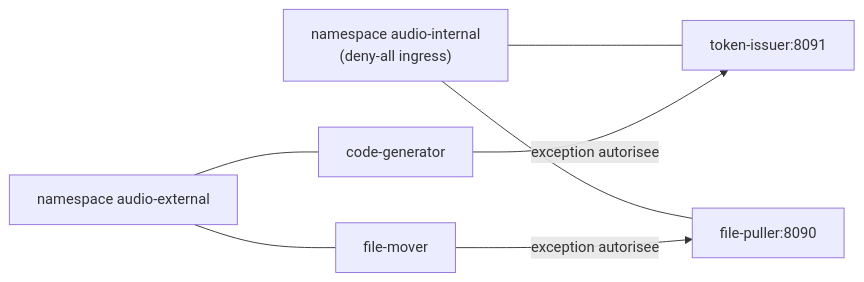
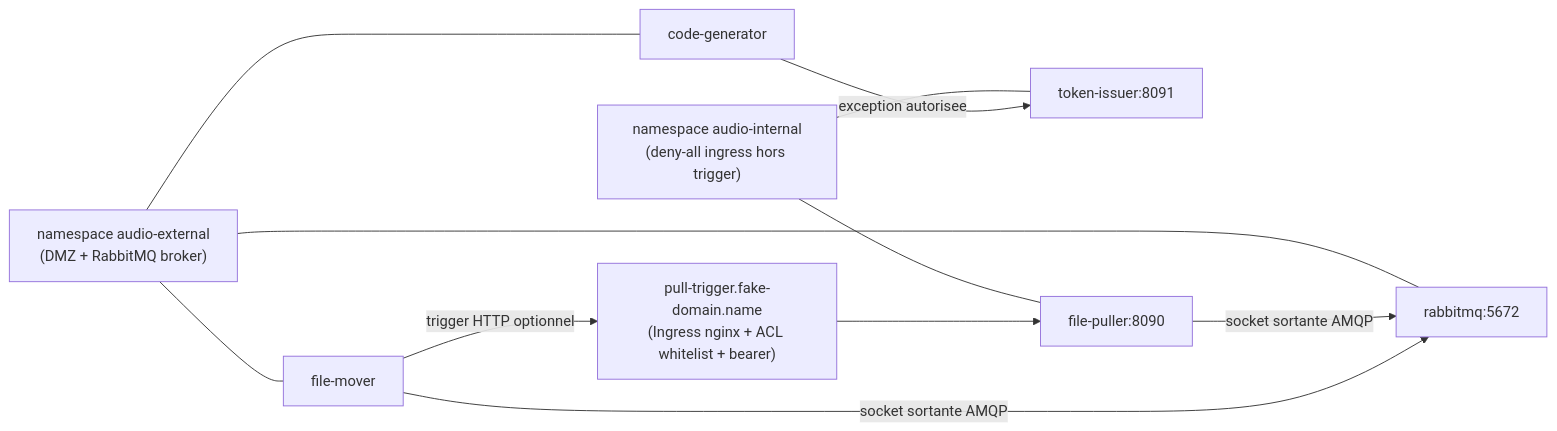
The sixth of 6 diagrams in docs/ARCHITECTURE.md (IA-Generative/mirai-mesreunions), drawn with Mermaid before and after one commit. The commit also changed other lines of this file and 13 other files, not shown here.

First line of the commit message:
feat(pipeline): cross-cluster pull notification via durable queue + optional HTTP trigger (#4)

````diff
--- a/docs/ARCHITECTURE.md
+++ b/docs/ARCHITECTURE.md
@@ -104,17 +218,22 @@
 ```mermaid
 flowchart LR
-  EXTNS["namespace audio-external"]
-  INTNS["namespace audio-internal\n(deny-all ingress)"]
+  EXTNS["namespace audio-external\n(DMZ + RabbitMQ broker)"]
+  INTNS["namespace audio-internal\n(deny-all ingress hors trigger)"]
   CG["code-generator"]
   FM["file-mover"]
+  MQ["rabbitmq:5672"]
   TI["token-issuer:8091"]
   FP["file-puller:8090"]
+  ING["pull-trigger.fake-domain.name\n(Ingress nginx + ACL whitelist + bearer)"]
 
   EXTNS --- CG
   EXTNS --- FM
+  EXTNS --- MQ
   INTNS --- TI
   INTNS --- FP
 
   CG -->|"exception autorisee"| TI
-  FM -->|"exception autorisee"| FP
+  FP -->|"socket sortante AMQP"| MQ
+  FM -->|"socket sortante AMQP"| MQ
+  FM -->|"trigger HTTP optionnel"| ING --> FP
 ```
````
